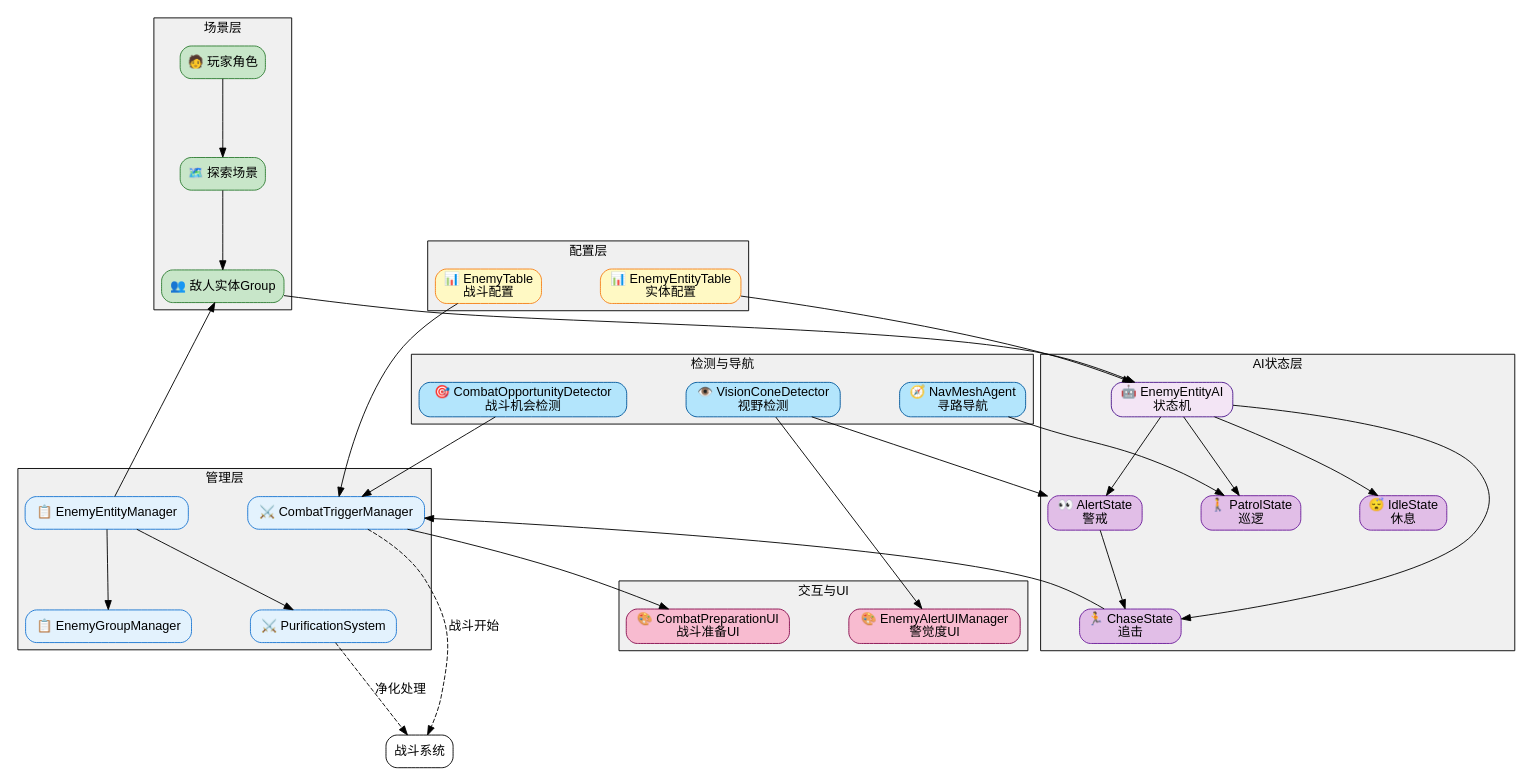
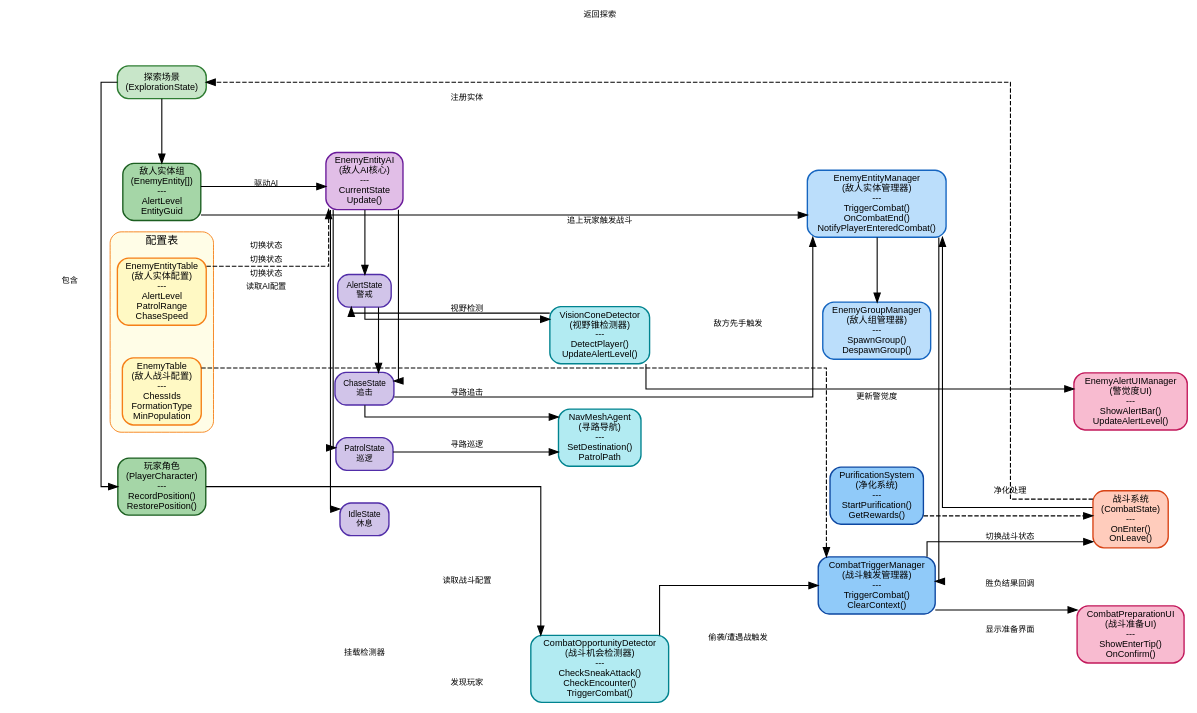
One commit to TXYzznc/GP changed the diagram in 项目知识库（AI）/图表资源/07_探索系统架构.md. Above: the diagram before and after it, drawn with Graphviz. The commit also changed 9 other files, not shown here.

Commit message:
docs: 标准化知识库 DOT 图表（统一样式、修复渲染、新增战斗触发架构图）

````diff
--- a/项目知识库（AI）/图表资源/07_探索系统架构.md
+++ b/项目知识库（AI）/图表资源/07_探索系统架构.md
@@ -3,114 +3,161 @@
 ```dot
-// 探索系统架构图 - Graphviz DOT格式
-// 强制正交线条，优化空间利用率
 digraph ExplorationArchitecture {
-    graph [
-        rankdir=TB
-        splines=orthogonal
-        nodesep=0.9
-        ranksep=1.2
-        fontname="SimHei,sans-serif"
-    ]
+    rankdir=LR;
+    nodesep=0.5;
+    ranksep=1.2;
+    splines=ortho;
+    fontname="SimHei,sans-serif";
     
-    node [shape=box, style="filled,rounded", fontname="SimHei,sans-serif"]
+    node [shape=box, style="filled,rounded", fontname="SimHei,sans-serif", fontsize=10, penwidth=1.5];
+    edge [fontname="SimHei,sans-serif", fontsize=9, penwidth=1.2];
     
-    // 场景层
+    // ========== 第1列：场景层（绿色系） ==========
     subgraph cluster_scene {
-        label="场景层"
-        style=filled
-        fillcolor="#f0f0f0"
+        label="场景层";
+        style="filled,rounded";
+        fillcolor="#e8f5e9";
+        color="#2e7d32";
+        fontname="SimHei,sans-serif";
+        fontsize=12;
         
-        A [label="🗺️ 探索场景", fillcolor="#c8e6c9", color="#2e7d32"]
-        B [label="👥 敌人实体Group", fillcolor="#c8e6c9", color="#2e7d32"]
-        C [label="🧑 玩家角色", fillcolor="#c8e6c9", color="#2e7d32"]
+        ExploreScene [label="探索场景\n(ExplorationState)", fillcolor="#c8e6c9", color="#2e7d32"];
+        Player [label="玩家角色\n(PlayerCharacter)\n---\nRecordPosition()\nRestorePosition()", fillcolor="#a5d6a7", color="#1b5e20"];
+        EnemyGroup [label="敌人实体组\n(EnemyEntity[])\n---\nAlertLevel\nEntityGuid", fillcolor="#a5d6a7", color="#1b5e20"];
     }
     
-    // 管理层
+    // ========== 第2列：管理层（蓝色系） ==========
     subgraph cluster_manage {
-        label="管理层"
-        style=filled
-        fillcolor="#f0f0f0"
+        label="管理层";
+        style="filled,rounded";
+        fillcolor="#e3f2fd";
+        color="#1565c0";
+        fontname="SimHei,sans-serif";
+        fontsize=12;
         
-        D [label="📋 EnemyEntityManager", fillcolor="#e3f2fd", color="#1976d2"]
-        E [label="📋 EnemyGroupManager", fillcolor="#e3f2fd", color="#1976d2"]
-        F [label="⚔️ PurificationSystem", fillcolor="#e3f2fd", color="#1976d2"]
-        G [label="⚔️ CombatTriggerManager", fillcolor="#e3f2fd", color="#1976d2"]
+        EntityMgr [label="EnemyEntityManager\n(敌人实体管理器)\n---\nTriggerCombat()\nOnCombatEnd()\nNotifyPlayerEnteredCombat()", fillcolor="#bbdefb", color="#1565c0"];
+        GroupMgr [label="EnemyGroupManager\n(敌人组管理器)\n---\nSpawnGroup()\nDespawnGroup()", fillcolor="#bbdefb", color="#1565c0"];
+        PurifySystem [label="PurificationSystem\n(净化系统)\n---\nStartPurification()\nGetRewards()", fillcolor="#90caf9", color="#0d47a1"];
+        TriggerMgr [label="CombatTriggerManager\n(战斗触发管理器)\n---\nTriggerCombat()\nClearContext()", fillcolor="#90caf9", color="#0d47a1"];
     }
     
-    // AI状态层
+    // ========== 第3列：AI状态层（紫色系） ==========
     subgraph cluster_ai {
-        label="AI状态层"
-        style=filled
-        fillcolor="#f0f0f0"
+        label="AI 状态机";
+        style="filled,rounded";
+        fillcolor="#f3e5f5";
+        color="#4a148c";
+        fontname="SimHei,sans-serif";
+        fontsize=12;
         
-        H [label="🤖 EnemyEntityAI\n状态机", fillcolor="#f3e5f5", color="#4a148c"]
-        I [label="😴 IdleState\n休息", fillcolor="#e1bee7", color="#6a1b9a"]
-        J [label="🚶 PatrolState\n巡逻", fillcolor="#e1bee7", color="#6a1b9a"]
-        K [label="👀 AlertState\n警戒", fillcolor="#e1bee7", color="#6a1b9a"]
-        L [label="🏃 ChaseState\n追击", fillcolor="#e1bee7", color="#6a1b9a"]
+        AICore [label="EnemyEntityAI\n(敌人AI核心)\n---\nCurrentState\nUpdate()", fillcolor="#e1bee7", color="#6a1b9a"];
+        
+        subgraph cluster_states {
+            label="FSM States";
+            style="filled,rounded";
+            fillcolor="#ede7f6";
+            color="#512da8";
+            fontname="SimHei,sans-serif";
+            fontsize=10;
+            
+            IdleState [label="IdleState\n休息", fillcolor="#d1c4e9", color="#512da8", fontsize=9];
+            PatrolState [label="PatrolState\n巡逻", fillcolor="#d1c4e9", color="#512da8", fontsize=9];
+            AlertState [label="AlertState\n警戒", fillcolor="#d1c4e9", color="#512da8", fontsize=9];
+            ChaseState [label="ChaseState\n追击", fillcolor="#d1c4e9", color="#512da8", fontsize=9];
+        }
     }
     
-    // 检测与导航
+    // ========== 第4列：检测与导航（青色系） ==========
     subgraph cluster_detect {
-        label="检测与导航"
-        style=filled
-        fillcolor="#f0f0f0"
+        label="检测与导航";
+        style="filled,rounded";
+        fillcolor="#e0f7fa";
+        color="#00695c";
+        fontname="SimHei,sans-serif";
+        fontsize=12;
         
-        M [label="👁️ VisionConeDetector\n视野检测", fillcolor="#b3e5fc", color="#01579b"]
-        N [label="🎯 CombatOpportunityDetector\n战斗机会检测", fillcolor="#b3e5fc", color="#01579b"]
-        O [label="🧭 NavMeshAgent\n寻路导航", fillcolor="#b3e5fc", color="#01579b"]
+        VisionDetector [label="VisionConeDetector\n(视野锥检测器)\n---\nDetectPlayer()\nUpdateAlertLevel()", fillcolor="#b2ebf2", color="#00838f"];
+        OpportunityDetector [label="CombatOpportunityDetector\n(战斗机会检测器)\n---\nCheckSneakAttack()\nCheckEncounter()\nTriggerCombat()", fillcolor="#b2ebf2", color="#00838f"];
+        NavAgent [label="NavMeshAgent\n(寻路导航)\n---\nSetDestination()\nPatrolPath", fillcolor="#b2ebf2", color="#00838f"];
     }
     
-    // 配置层
+    // ========== 底部：配置层（黄色系） ==========
     subgraph cluster_config {
-        label="配置层"
-        style=filled
-        fillcolor="#f0f0f0"
+        label="配置表";
+        style="filled,rounded";
+        fillcolor="#fffde7";
+        color="#f57f17";
+        fontname="SimHei,sans-serif";
+        fontsize=12;
         
-        P [label="📊 EnemyEntityTable\n实体配置", fillcolor="#fff9c4", color="#f57f17"]
-        Q [label="📊 EnemyTable\n战斗配置", fillcolor="#fff9c4", color="#f57f17"]
+        EntityTable [label="EnemyEntityTable\n(敌人实体配置)\n---\nAlertLevel\nPatrolRange\nChaseSpeed", fillcolor="#fff9c4", color="#f57f17"];
+        EnemyTable [label="EnemyTable\n(敌人战斗配置)\n---\nChessIds\nFormationType\nMinPopulation", fillcolor="#fff9c4", color="#f57f17"];
     }
     
-    // 交互与UI
+    // ========== 右侧：交互与UI（粉色系） ==========
     subgraph cluster_ui {
-        label="交互与UI"
-        style=filled
-        fillcolor="#f0f0f0"
+        label="UI 交互";
+        style="filled,rounded";
+        fillcolor="#fce4ec";
+        color="#c2185b";
+        fontname="SimHei,sans-serif";
+        fontsize=12;
         
-        R [label="🎨 EnemyAlertUIManager\n警觉度UI", fillcolor="#f8bbd0", color="#880e4f"]
-        S [label="🎨 CombatPreparationUI\n战斗准备UI", fillcolor="#f8bbd0", color="#880e4f"]
+        AlertUI [label="EnemyAlertUIManager\n(警觉度UI)\n---\nShowAlertBar()\nUpdateAlertLevel()", fillcolor="#f8bbd0", color="#c2185b"];
+        PrepUI [label="CombatPreparationUI\n(战斗准备UI)\n---\nShowEnterTip()\nOnConfirm()", fillcolor="#f8bbd0", color="#c2185b"];
     }
     
-    // 边关系
-    A -> B
-    B -> H
-    C -> A
+    // 外部系统
+    CombatSystem [label="战斗系统\n(CombatState)\n---\nOnEnter()\nOnLeave()", fillcolor="#ffccbc", color="#d84315"];
     
-    D -> B
-    D -> E
-    D -> F
+    // ========== 场景层 → 管理层 ==========
+    ExploreScene -> Player [label="包含"];
+    ExploreScene -> EnemyGroup [label="包含"];
+    EnemyGroup -> EntityMgr [label="注册实体"];
+    EntityMgr -> GroupMgr [label="管理分组"];
     
-    M -> K
-    N -> G
-    O -> J
+    // ========== 管理层 → AI层 ==========
+    EnemyGroup -> AICore [label="驱动AI"];
+    AICore -> IdleState [label="切换状态"];
+    AICore -> PatrolState [label="切换状态"];
+    AICore -> AlertState [label="切换状态"];
+    AICore -> ChaseState [label="切换状态"];
     
-    H -> I
-    H -> J
-    H -> K
-    H -> L
+    // ========== AI层 → 检测层 ==========
+    AlertState -> VisionDetector [label="视野检测"];
+    PatrolState -> NavAgent [label="寻路巡逻"];
+    ChaseState -> NavAgent [label="寻路追击"];
+    Player -> OpportunityDetector [label="挂载检测器"];
     
-    M -> R
-    G -> S
+    // ========== 状态转换 ==========
+    VisionDetector -> AlertState [label="发现玩家", constraint=false];
+    AlertState -> ChaseState [label="警觉度满"];
+    ChaseState -> EntityMgr [label="追上玩家触发战斗"];
     
-    K -> L
-    L -> G
+    // ========== 检测 → 触发 ==========
+    OpportunityDetector -> TriggerMgr [label="偷袭/遭遇战触发"];
+    EntityMgr -> TriggerMgr [label="敌方先手触发"];
     
-    P -> H
-    Q -> G
+    // ========== 触发 → 战斗 ==========
+    TriggerMgr -> CombatSystem [label="切换战斗状态"];
+    PurifySystem -> CombatSystem [label="净化处理", style=dashed];
     
-    G -> CombatSystem [style=dashed, label="战斗开始"]
-    F -> CombatSystem [style=dashed, label="净化处理"]
+    // ========== 配置驱动 ==========
+    EntityTable -> AICore [label="读取AI配置", style=dashed];
+    EnemyTable -> TriggerMgr [label="读取战斗配置", style=dashed];
     
-    CombatSystem [label="战斗系统", shape=box, fillcolor="white"]
+    // ========== UI交互 ==========
+    VisionDetector -> AlertUI [label="更新警觉度"];
+    TriggerMgr -> PrepUI [label="显示准备界面"];
+    
+    // ========== 战斗结束回路 ==========
+    CombatSystem -> EntityMgr [label="胜负结果回调", constraint=false];
+    CombatSystem -> ExploreScene [label="返回探索", style=dashed, constraint=false];
+    
+    // ========== 列对齐 ==========
+    {rank=same; ExploreScene; Player; EnemyGroup}
+    {rank=same; EntityMgr; GroupMgr; PurifySystem; TriggerMgr}
+    {rank=same; AICore; IdleState; PatrolState; AlertState; ChaseState}
+    {rank=same; VisionDetector; OpportunityDetector; NavAgent}
+    {rank=same; AlertUI; PrepUI; CombatSystem}
 }
 ```
````
